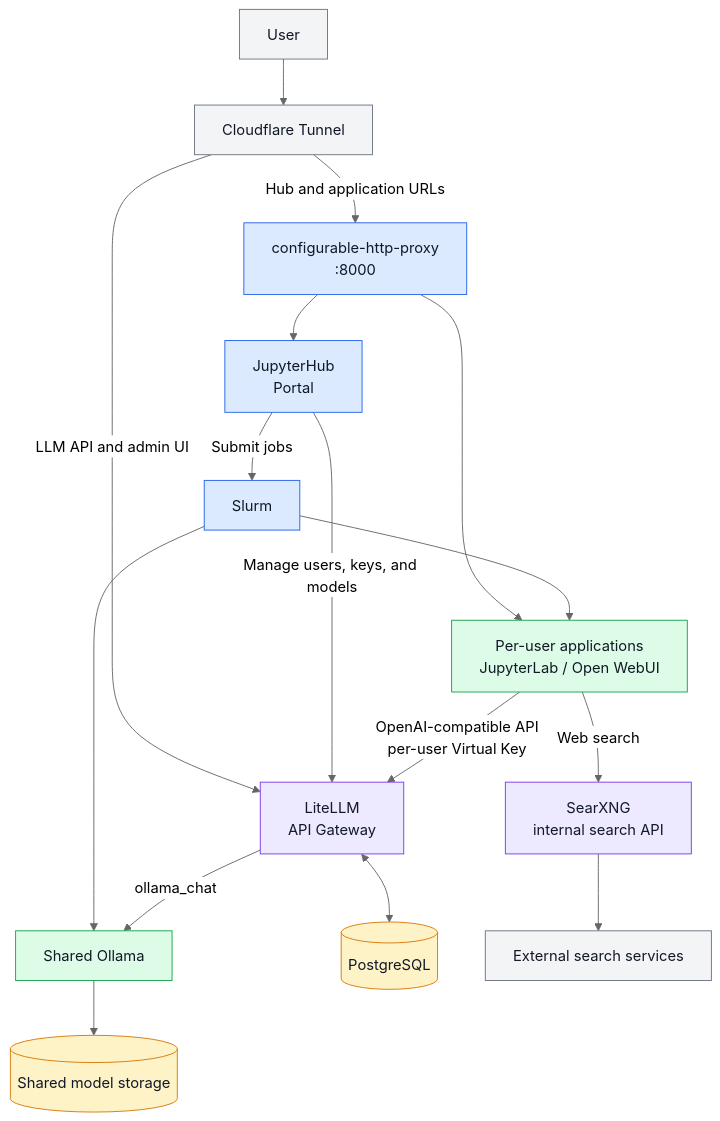
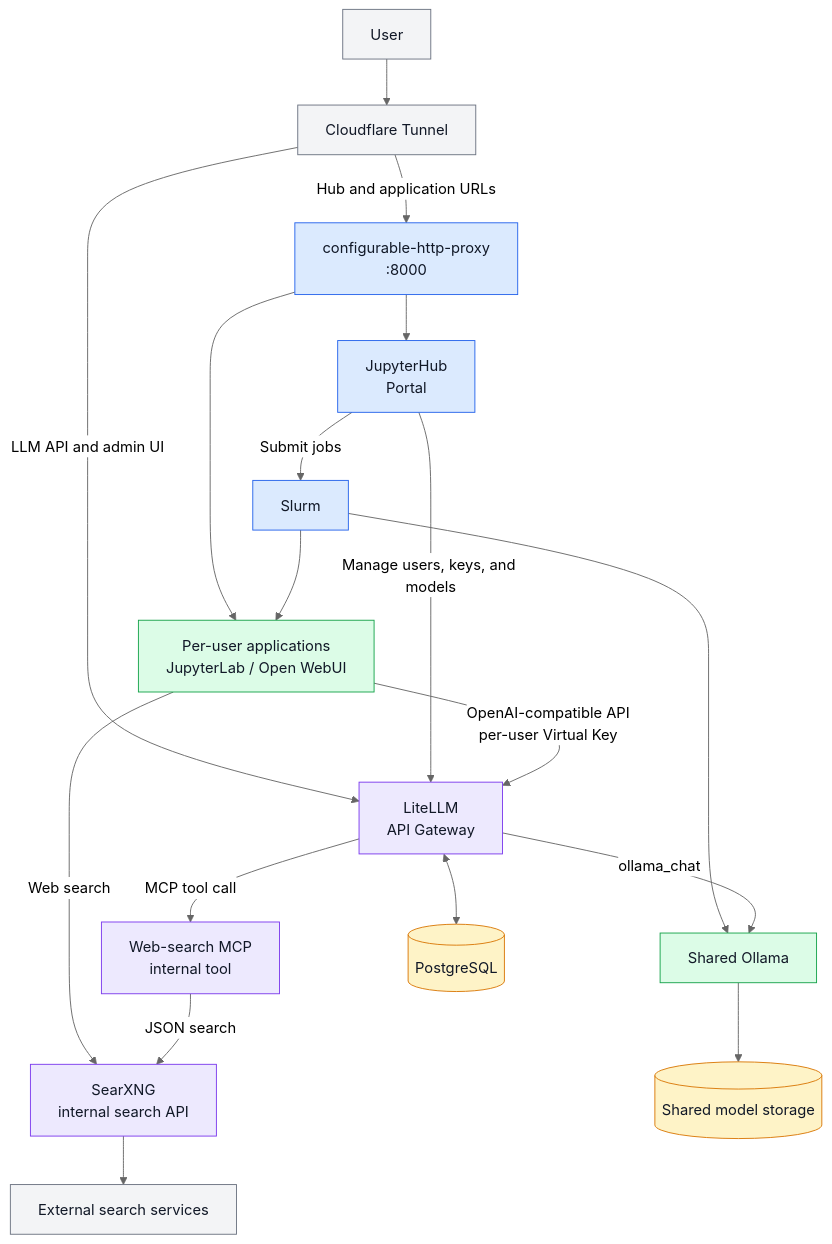
Before and after one commit to koichi2426/HPC-portal: the first of 2 diagrams in README.en.md, drawn with Mermaid (neutral theme). The commit also changed other lines of this file and 15 other files, not shown here.

````diff
--- a/README.en.md
+++ b/README.en.md
@@ -23,40 +23,43 @@
 ```mermaid
 flowchart TB
     User[User] --> CF[Cloudflare Tunnel]
     Proxy[configurable-http-proxy<br/>:8000]
     JHub[JupyterHub<br/>Portal]
     Slurm[Slurm]
     Apps[Per-user applications<br/>JupyterLab / Open WebUI]
     LiteLLM[LiteLLM<br/>API Gateway]
+    SearchMCP[Web-search MCP<br/>internal tool]
     SearXNG[SearXNG<br/>internal search API]
     Ollama[Shared Ollama]
     DB[(PostgreSQL)]
     Models[(Shared model storage)]
     Search[External search services]
 
     CF -->|Hub and application URLs| Proxy
     CF -->|LLM API and admin UI| LiteLLM
     Proxy --> JHub
     Proxy --> Apps
     JHub -->|Submit jobs| Slurm
     Slurm --> Apps
     Slurm --> Ollama
     JHub -->|Manage users, keys, and models| LiteLLM
     Apps -->|OpenAI-compatible API<br/>per-user Virtual Key| LiteLLM
     Apps -->|Web search| SearXNG
+    LiteLLM -->|MCP tool call| SearchMCP
+    SearchMCP -->|JSON search| SearXNG
     LiteLLM <--> DB
     LiteLLM -->|ollama_chat| Ollama
     Ollama --> Models
     SearXNG --> Search
 
     classDef external fill:#f3f4f6,stroke:#6b7280,color:#111827
     classDef control fill:#dbeafe,stroke:#2563eb,color:#111827
     classDef workload fill:#dcfce7,stroke:#16a34a,color:#111827
     classDef service fill:#ede9fe,stroke:#7c3aed,color:#111827
     classDef data fill:#fef3c7,stroke:#d97706,color:#111827
     class User,CF,Search external
     class Proxy,JHub,Slurm control
     class Apps,Ollama workload
-    class LiteLLM,SearXNG service
+    class LiteLLM,SearchMCP,SearXNG service
     class DB,Models data
 ```
````
